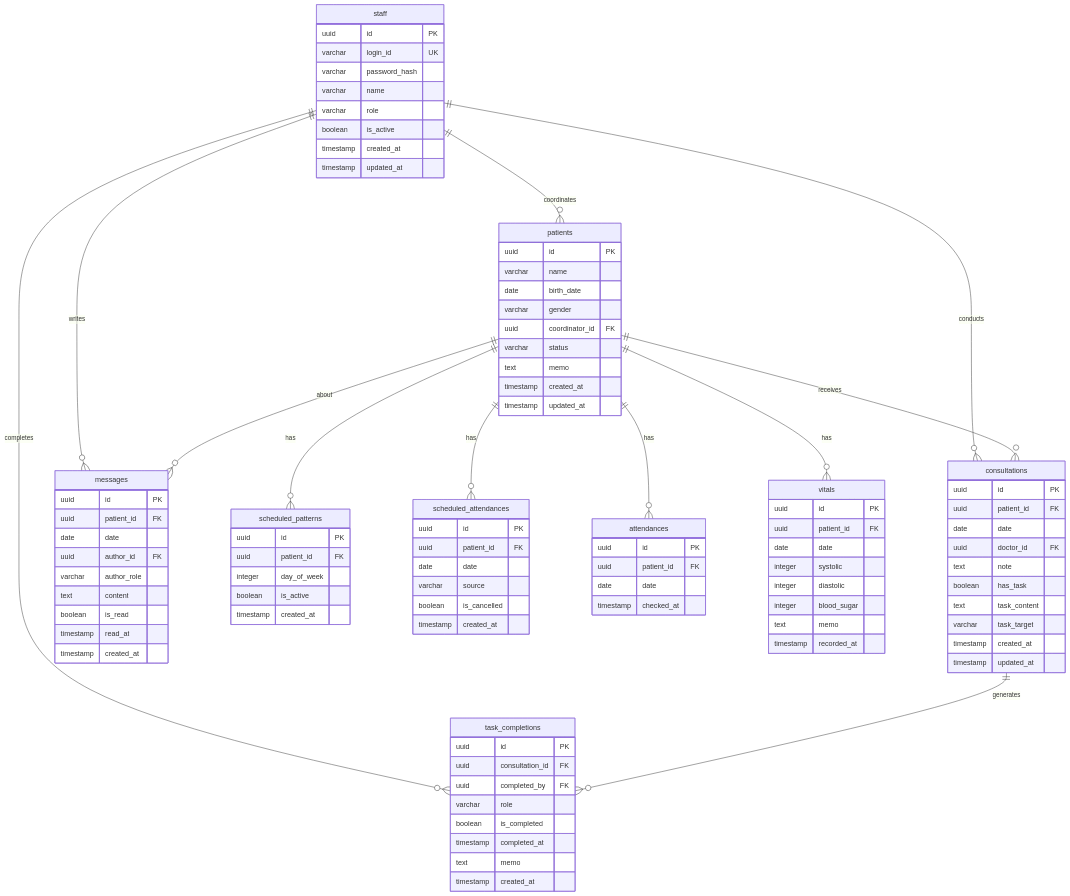
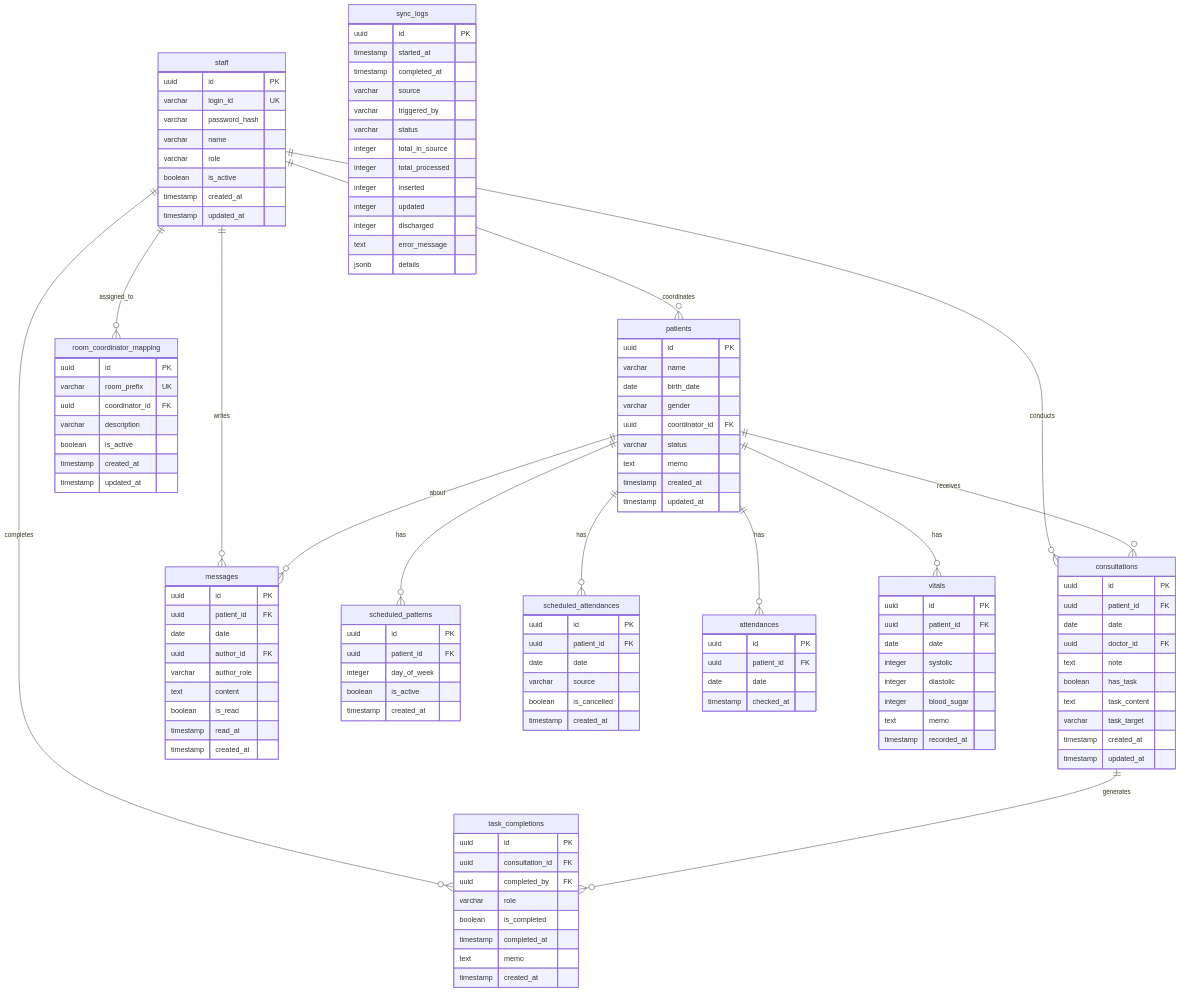
Before and after one commit to Cooledricesh/Daycare: the diagram in docs/database.md, drawn with Mermaid. The commit also changed other lines of this file and 48 other files, not shown here.

First line of the commit message:
fix: 기능 연결 버그 수정 및 의사 진료 워크플로우 개선

```diff
--- a/docs/database.md
+++ b/docs/database.md
@@ -24,6 +24,34 @@
     patients ||--o{ messages : "about"
 
     consultations ||--o{ task_completions : "generates"
+
+    staff ||--o{ room_coordinator_mapping : "assigned_to"
+
+    room_coordinator_mapping {
+        uuid id PK
+        varchar room_prefix UK
+        uuid coordinator_id FK
+        varchar description
+        boolean is_active
+        timestamp created_at
+        timestamp updated_at
+    }
+
+    sync_logs {
+        uuid id PK
+        timestamp started_at
+        timestamp completed_at
+        varchar source
+        varchar triggered_by
+        varchar status
+        integer total_in_source
+        integer total_processed
+        integer inserted
+        integer updated
+        integer discharged
+        text error_message
+        jsonb details
+    }
 
     staff {
         uuid id PK
```
